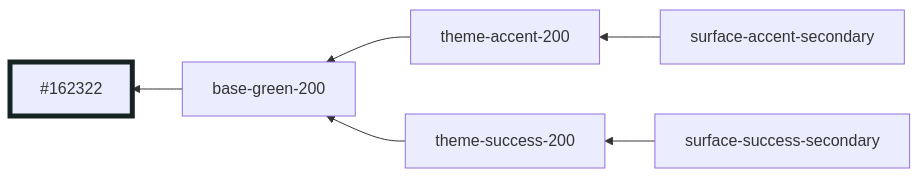
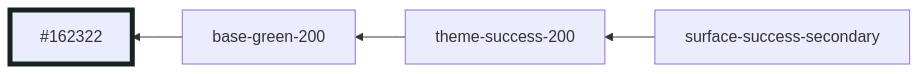
The second of 51 diagrams in styles/dist/red.md (oxidecomputer/design-system), drawn with Mermaid before and after one commit. The commit also changed other lines of this file and 2 other files, not shown here.

Commit message:
Fix red theme

````diff
--- a/styles/dist/red.md
+++ b/styles/dist/red.md
@@ -18,10 +17,8 @@
 ```mermaid
 graph RL
   base-green-200 --> #162322:::base-green-200
-  surface-accent-secondary --> theme-accent-200
   surface-success-secondary --> theme-success-200
-  theme-accent-200 --> base-green-200
   theme-success-200 --> base-green-200
 
 	classDef base-green-200 stroke-width:5,stroke:#162322
 ```
````
